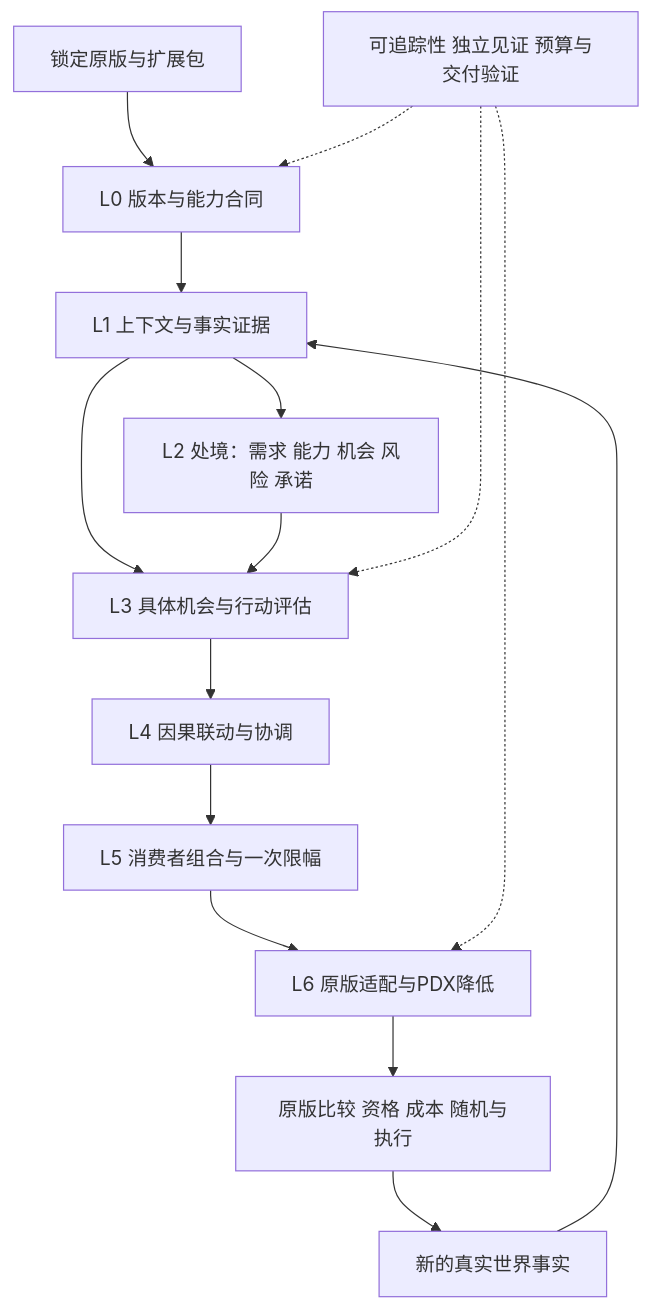
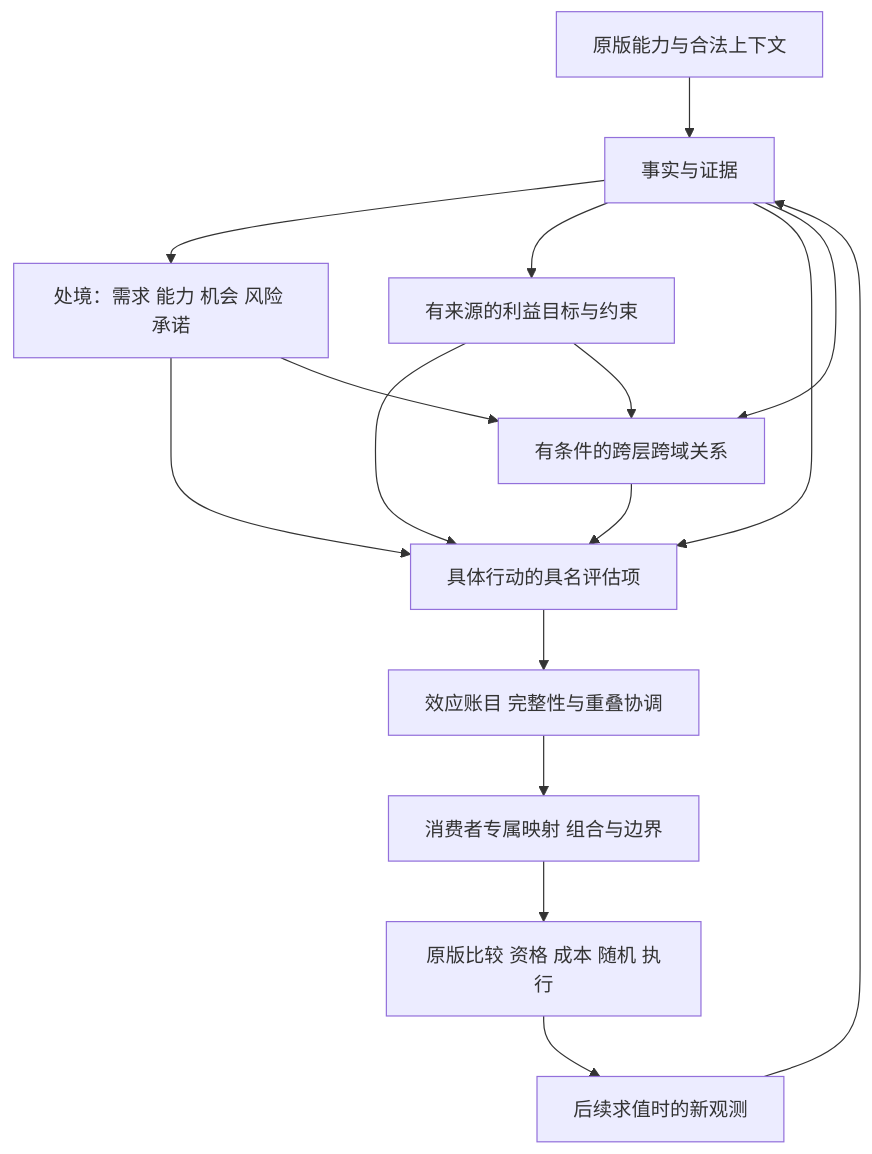
The second of 2 diagrams in docs/design/1.15架构设计.md (AomaYple/Situated-AI), drawn with Mermaid before and after one commit. The commit also changed other lines of this file and 11 other files, not shown here.

````diff
--- a/docs/design/1.15架构设计.md
+++ b/docs/design/1.15架构设计.md
@@ -57,17 +52,18 @@
 ```mermaid
-flowchart TD
-    G[锁定原版与扩展包] --> L0[L0 版本与能力合同]
-    L0 --> L1[L1 上下文与事实证据]
-    L1 --> L2[L2 处境：需求 能力 机会 风险 承诺]
-    L1 --> L3[L3 具体机会与行动评估]
-    L2 --> L3
-    L3 --> L4[L4 因果联动与协调]
-    L4 --> L5[L5 消费者组合与一次限幅]
-    L5 --> L6[L6 原版适配与PDX降低]
-    L6 --> E[原版比较 资格 成本 随机与执行]
-    E --> W[新的真实世界事实]
-    W --> L1
-    X[可追踪性 独立见证 预算与交付验证] -.-> L0
-    X -.-> L3
-    X -.-> L6
+flowchart TB
+    N[原版能力与合法上下文] --> F[事实与证据]
+    F --> S[处境：需求 能力 机会 风险 承诺]
+    F --> O[有来源的利益目标与约束]
+    F --> A[具体行动的具名评估项]
+    S --> A
+    O --> A
+    F --> R[有条件的跨层跨域关系]
+    S --> R
+    O --> R
+    R --> A
+    A --> C[效应账目 完整性与重叠协调]
+    C --> U[消费者专属映射 组合与边界]
+    U --> G[原版比较 资格 成本 随机 执行]
+    G --> Q[后续求值时的新观测]
+    Q --> F
 ```
````
